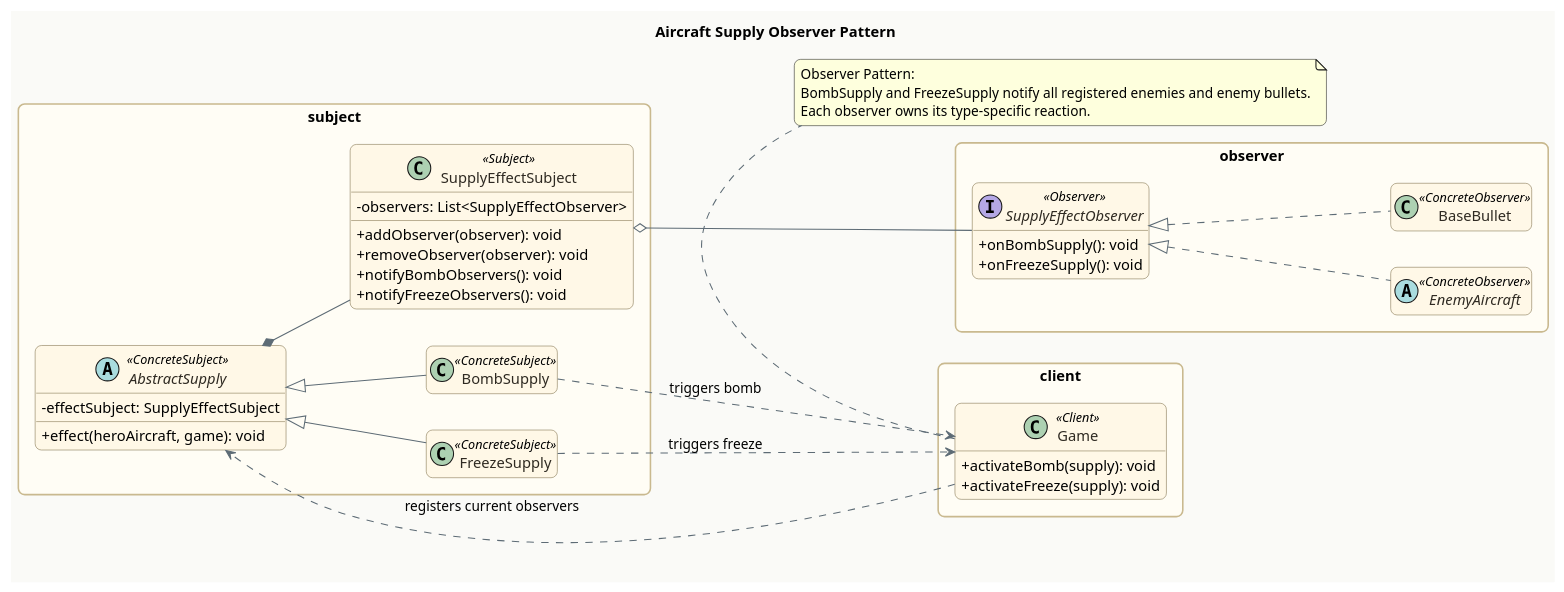
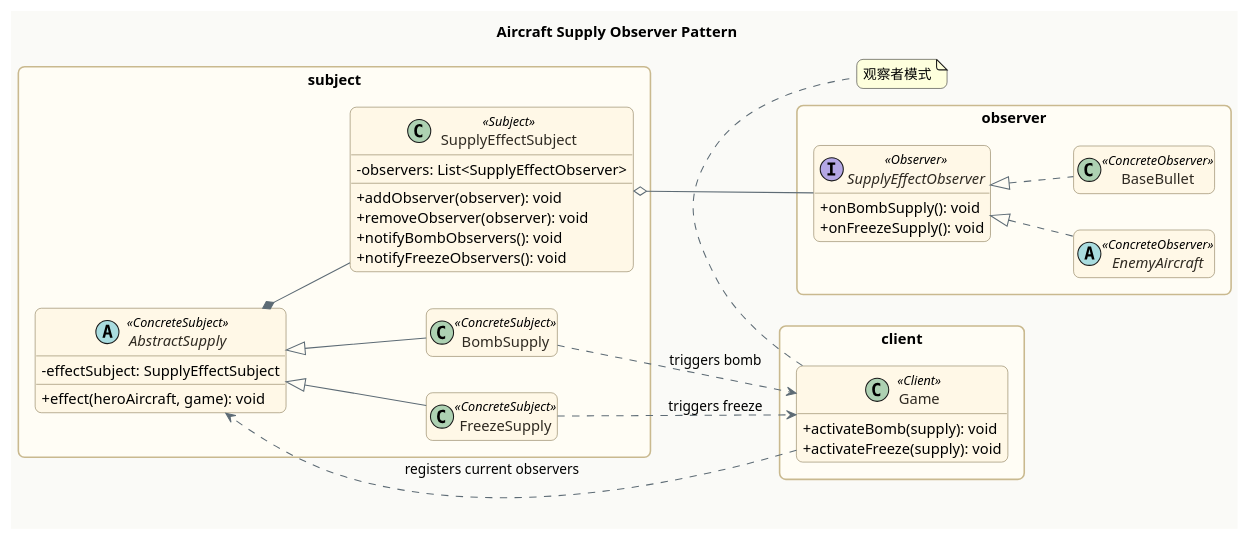
One commit to komariChikaA/planewar changed the diagram in uml/Observer.puml. Above: the diagram before and after it, drawn with PlantUML. The commit also changed 1 other file, not shown here.

```diff
--- a/uml/Observer.puml
+++ b/uml/Observer.puml
@@ -1,80 +1,78 @@
 @startuml
 title Aircraft Supply Observer Pattern
 
 left to right direction
 skinparam backgroundColor #FAFAF7
 skinparam shadowing false
 skinparam roundcorner 12
 skinparam packageStyle rectangle
 skinparam classAttributeIconSize 0
 hide empty members
 
 skinparam package {
     BackgroundColor #FFFDF5
     BorderColor #C9B98F
 }
 
 skinparam class {
     BackgroundColor #FFF8E7
     BorderColor #7A6A43
     ArrowColor #5D6B75
     FontColor #2F2A22
 }
 
 skinparam interface {
     BackgroundColor #EEF6F7
     BorderColor #5D8A90
 }
 
 package "subject" {
     abstract class AbstractSupply <<ConcreteSubject>> {
         - effectSubject: SupplyEffectSubject
         + effect(heroAircraft, game): void
     }
 
     class SupplyEffectSubject <<Subject>> {
         - observers: List<SupplyEffectObserver>
         + addObserver(observer): void
         + removeObserver(observer): void
         + notifyBombObservers(): void
         + notifyFreezeObservers(): void
     }
 
     class BombSupply <<ConcreteSubject>>
     class FreezeSupply <<ConcreteSubject>>
 }
 
 package "observer" {
     interface SupplyEffectObserver <<Observer>> {
         + onBombSupply(): void
         + onFreezeSupply(): void
     }
 
     abstract class EnemyAircraft <<ConcreteObserver>>
     class BaseBullet <<ConcreteObserver>>
 }
 
 package "client" {
     class Game <<Client>> {
         + activateBomb(supply): void
         + activateFreeze(supply): void
     }
 }
 
 AbstractSupply *-- SupplyEffectSubject
 AbstractSupply <|-- BombSupply
 AbstractSupply <|-- FreezeSupply
 SupplyEffectSubject o-- SupplyEffectObserver
 SupplyEffectObserver <|.. EnemyAircraft
 SupplyEffectObserver <|.. BaseBullet
 Game ..> AbstractSupply : registers current observers
 BombSupply ..> Game : triggers bomb
 FreezeSupply ..> Game : triggers freeze
 
 note bottom
-Observer Pattern:
-BombSupply and FreezeSupply notify all registered enemies and enemy bullets.
-Each observer owns its type-specific reaction.
+观察者模式
 end note
 
 @enduml
```
